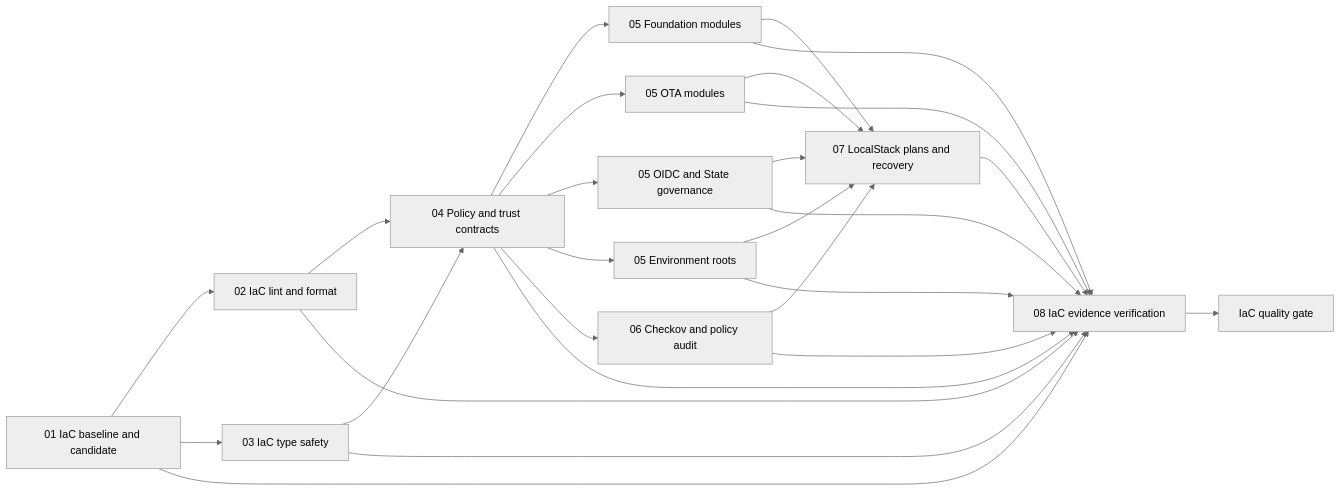
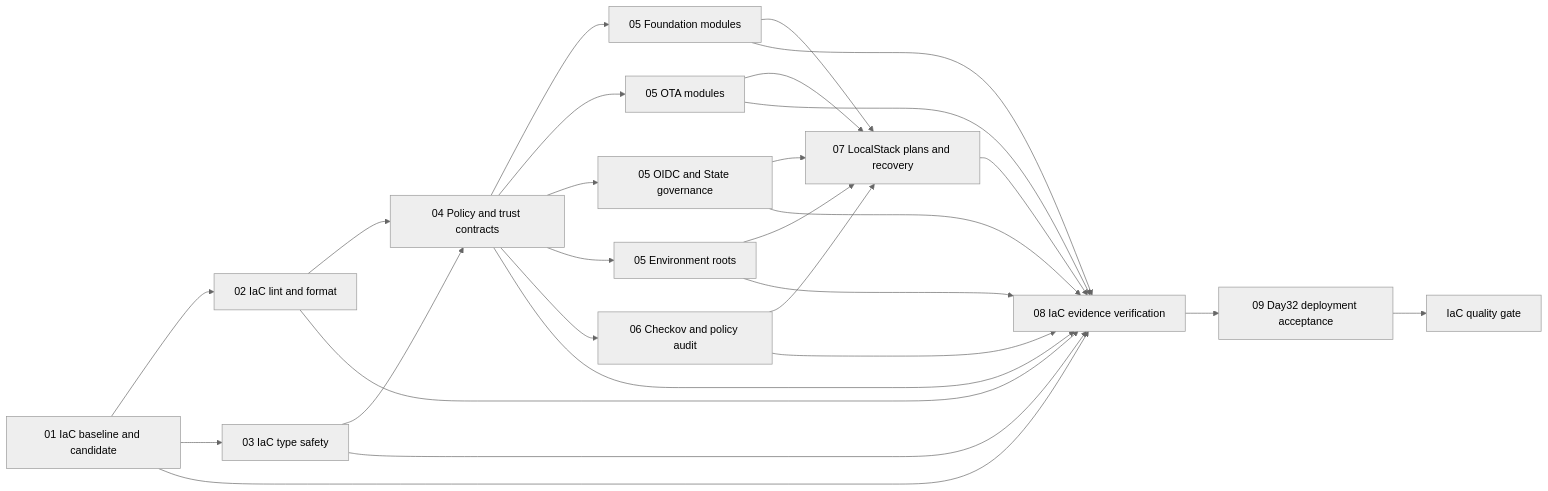
The second of 2 diagrams in docs/cicd-multi-node-pipelines.md (SKYBREAKERZERO/ConnectedVehicle-AIoT-Enterprise), drawn with Mermaid (neutral theme) before and after one commit. The commit also changed other lines of this file and 9 other files, not shown here.

Commit message:
feat(iac): add Day32 live deployment verification and acceptance gate

````diff
--- a/docs/cicd-multi-node-pipelines.md
+++ b/docs/cicd-multi-node-pipelines.md
@@ -42,28 +42,29 @@
 ```mermaid
 flowchart LR
     B[01 IaC baseline and candidate] --> L[02 IaC lint and format]
     B --> T[03 IaC type safety]
     L --> U[04 Policy and trust contracts]
     T --> U
     U --> C1[05 Foundation modules]
     U --> C2[05 OTA modules]
     U --> C3[05 OIDC and State governance]
     U --> C4[05 Environment roots]
     U --> S[06 Checkov and policy audit]
     C1 --> N[07 LocalStack plans and recovery]
     C2 --> N
     C3 --> N
     C4 --> N
     S --> N
     B --> E[08 IaC evidence verification]
     L --> E
     T --> E
     U --> E
     C1 --> E
     C2 --> E
     C3 --> E
     C4 --> E
     S --> E
     N --> E
-    E --> G[IaC quality gate]
+    E --> D32[09 Day32 deployment acceptance]
+    D32 --> G[IaC quality gate]
 ```
````
